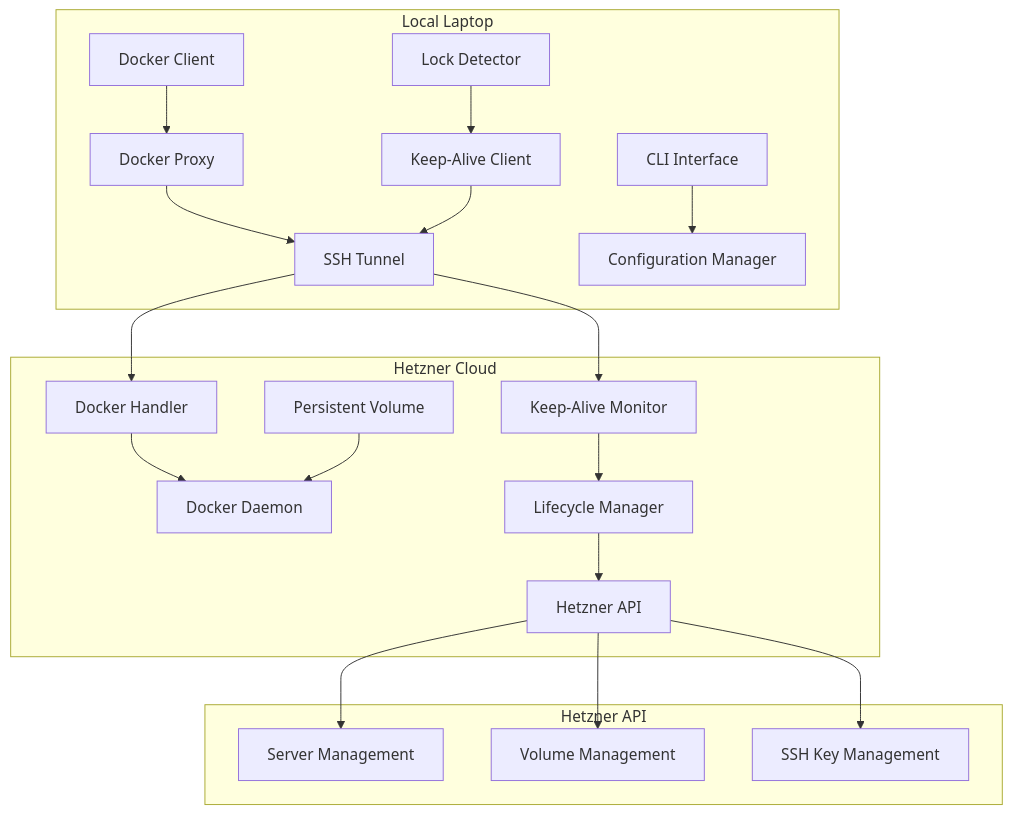
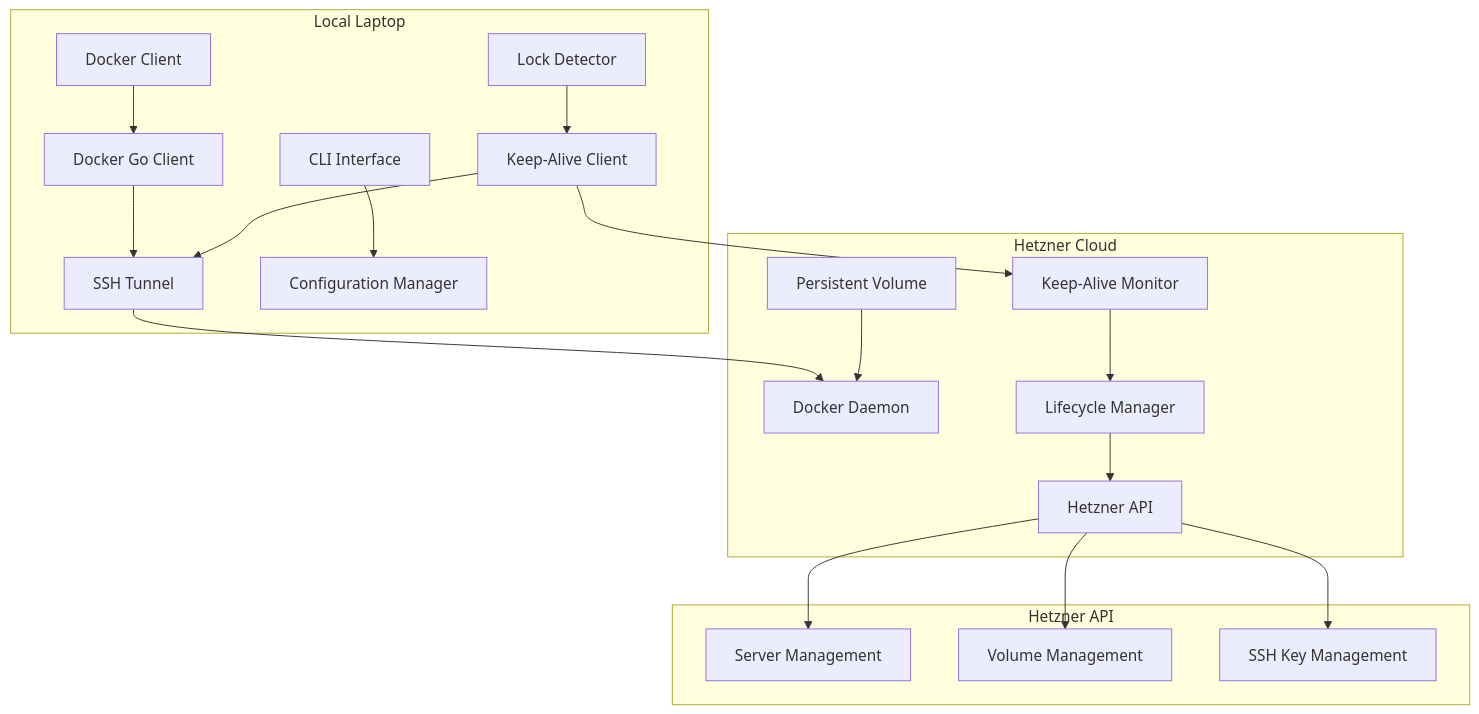
Before and after one commit to Max-Levitskiy/DockBridge: the first of 2 diagrams in .kiro/specs/dockbridge/design.md, drawn with Mermaid. The commit also changed other lines of this file and 5 other files, not shown here.

````diff
--- a/.kiro/specs/dockbridge/design.md
+++ b/.kiro/specs/dockbridge/design.md
@@ -15,25 +14,24 @@
 ```mermaid
 graph TB
     subgraph "Local Laptop"
-        DC[Docker Client] --> DP[Docker Proxy]
-        DP --> SSH[SSH Tunnel]
+        DC[Docker Client] --> DGC[Docker Go Client]
+        DGC --> SSH[SSH Tunnel]
         CLI[CLI Interface] --> CM[Configuration Manager]
         LD[Lock Detector] --> KAC[Keep-Alive Client]
         KAC --> SSH
     end
     
     subgraph "Hetzner Cloud"
-        SSH --> KAM[Keep-Alive Monitor]
-        SSH --> DH[Docker Handler]
-        DH --> DD[Docker Daemon]
+        SSH --> DD[Docker Daemon]
+        KAC --> KAM[Keep-Alive Monitor]
         KAM --> LM[Lifecycle Manager]
         LM --> HA[Hetzner API]
         PV[Persistent Volume] --> DD
     end
     
     subgraph "Hetzner API"
         HA --> SRV[Server Management]
         HA --> VOL[Volume Management]
         HA --> KEY[SSH Key Management]
     end
 ```
````
